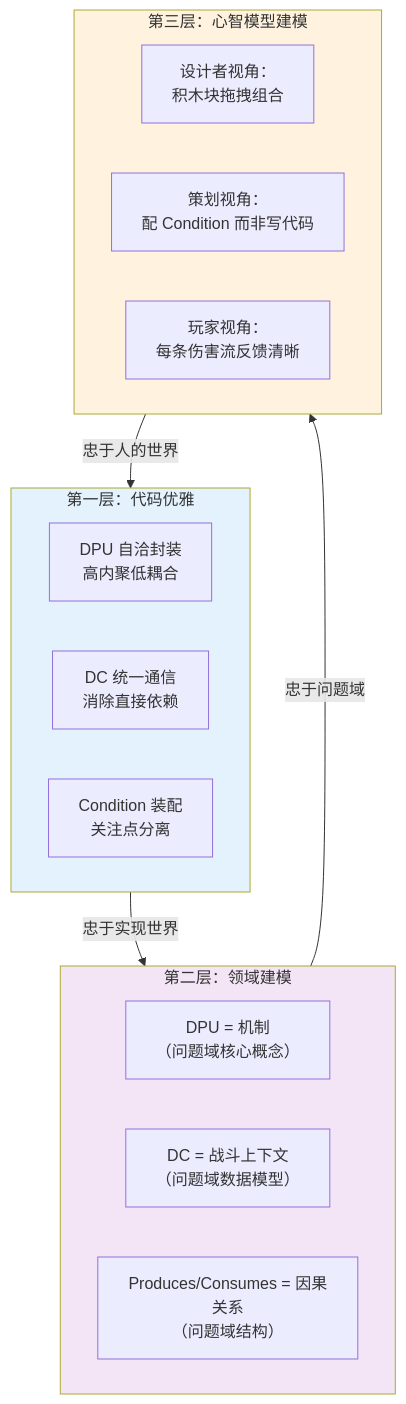
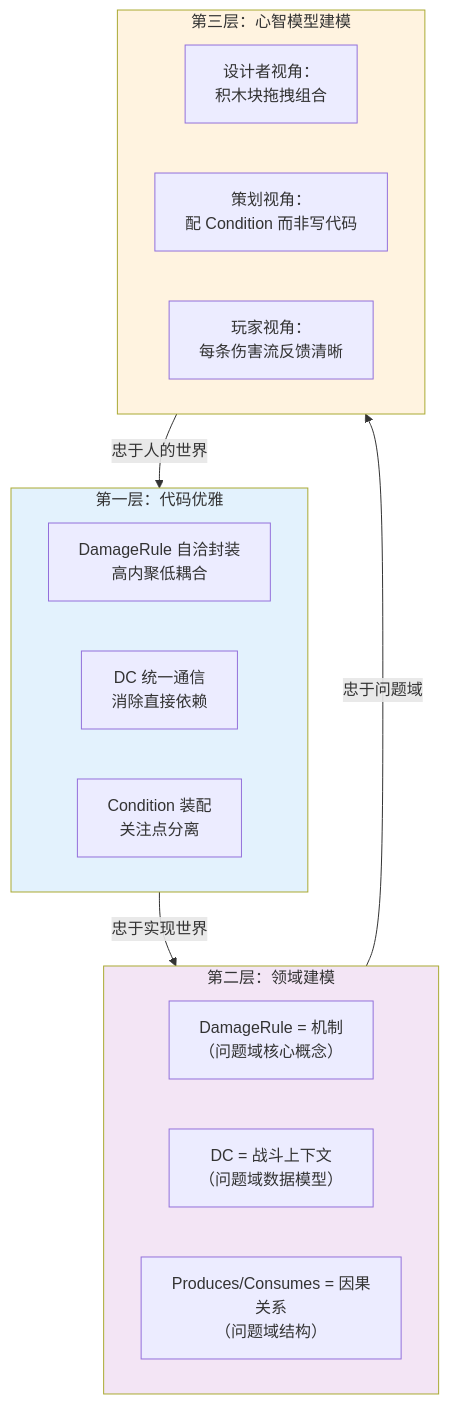
One commit to ZiJinZiMing/SagaStats changed the ninth of 9 diagrams in doc/damagePipeline/架构设计.md. Above: the diagram before and after it, drawn with Mermaid. The commit also changed other lines of this file and 85 other files, not shown here.

````diff
--- a/doc/damagePipeline/架构设计.md
+++ b/doc/damagePipeline/架构设计.md
@@ -510,28 +510,28 @@
 ```mermaid
 graph TB
     subgraph L1["第一层：代码优雅"]
-        A1["DPU 自洽封装<br/>高内聚低耦合"]
+        A1["DamageRule 自洽封装<br/>高内聚低耦合"]
         A2["DC 统一通信<br/>消除直接依赖"]
         A3["Condition 装配<br/>关注点分离"]
     end
 
     subgraph L2["第二层：领域建模"]
-        B1["DPU = 机制<br/>（问题域核心概念）"]
+        B1["DamageRule = 机制<br/>（问题域核心概念）"]
         B2["DC = 战斗上下文<br/>（问题域数据模型）"]
         B3["Produces/Consumes = 因果关系<br/>（问题域结构）"]
     end
 
     subgraph L3["第三层：心智模型建模"]
         C1["设计者视角：<br/>积木块拖拽组合"]
         C2["策划视角：<br/>配 Condition 而非写代码"]
         C3["玩家视角：<br/>每条伤害流反馈清晰"]
     end
 
     L1 -->|"忠于实现世界"| L2
     L2 -->|"忠于问题域"| L3
     L3 -->|"忠于人的世界"| L1
 
     style L1 fill:#e3f2fd
     style L2 fill:#f3e5f5
     style L3 fill:#fff3e0
 ```
````
